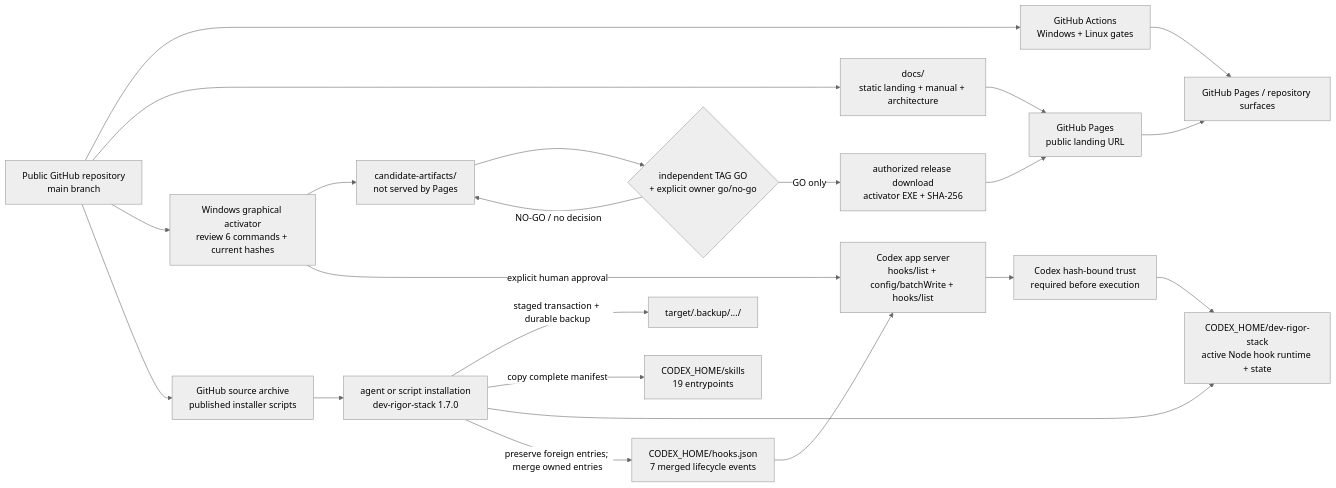
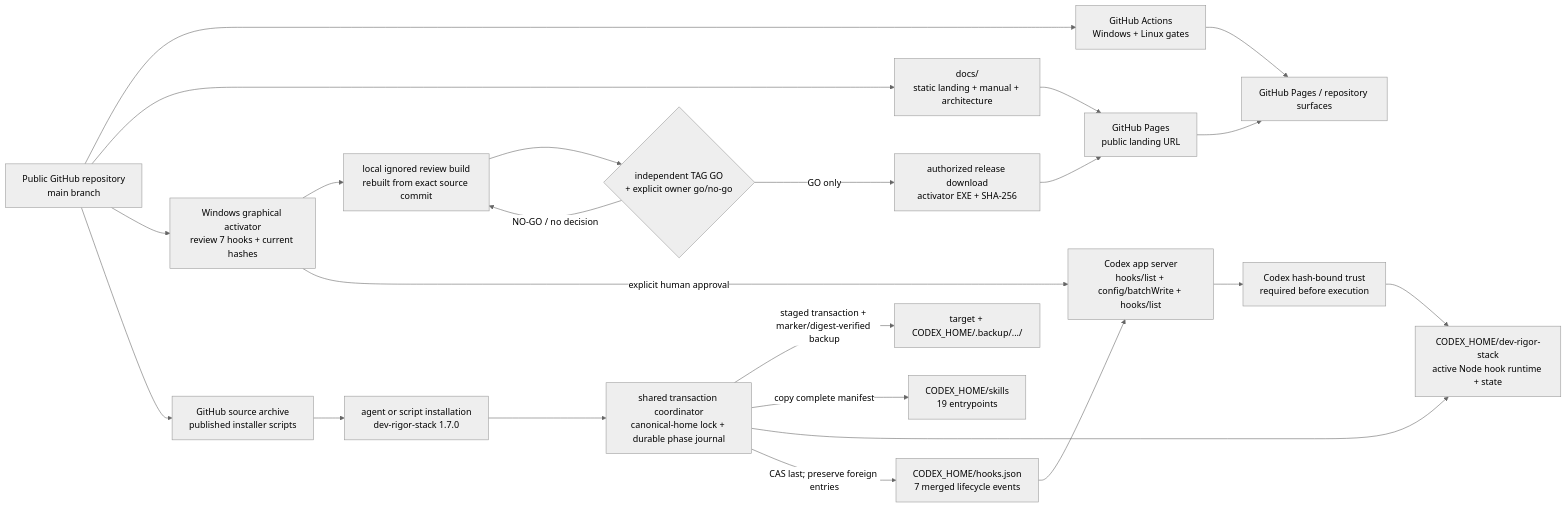
One commit to scottconverse/codex-dev-rigor-stack changed the fifth of 5 diagrams in docs/ARCHITECTURE.md. Above: the diagram before and after it, drawn with Mermaid (neutral theme). The commit also changed other lines of this file and 76 other files, not shown here.

````diff
--- a/docs/ARCHITECTURE.md
+++ b/docs/ARCHITECTURE.md
@@ -227,33 +275,35 @@
 ```mermaid
 flowchart LR
     Source["Public GitHub repository\nmain branch"]
     Docs["docs/\nstatic landing + manual + architecture"]
     Pages["GitHub Pages\npublic landing URL"]
     Archive["GitHub source archive\npublished installer scripts"]
     Installer["agent or script installation\ndev-rigor-stack 1.7.0"]
-    Backup["target/.backup/.../<timestamp>"]
+    Txn["shared transaction coordinator\ncanonical-home lock + durable phase journal"]
+    Backup["target + CODEX_HOME/.backup/.../<exact owned backup-id>"]
     Home["CODEX_HOME/skills\n19 entrypoints"]
     Runtime["CODEX_HOME/dev-rigor-stack\nactive Node hook runtime + state"]
     HookConfig["CODEX_HOME/hooks.json\n7 merged lifecycle events"]
-    Activator["Windows graphical activator\nreview 6 commands + current hashes"]
+    Activator["Windows graphical activator\nreview 7 hooks + current hashes"]
     AppServer["Codex app server\nhooks/list + config/batchWrite + hooks/list"]
     Trust["Codex hash-bound trust\nrequired before execution"]
-    Candidate["candidate-artifacts/\nnot served by Pages"]
+    Candidate["local ignored review build\nrebuilt from exact source commit"]
     OwnerGate{"independent TAG GO\n+ explicit owner go/no-go"}
     Download["authorized release download\nactivator EXE + SHA-256"]
     CI["GitHub Actions\nWindows + Linux gates"]
     Publish["GitHub Pages / repository surfaces"]
 
     Source --> CI --> Publish
     Source --> Docs --> Pages --> Publish
     Source --> Activator --> Candidate --> OwnerGate
     OwnerGate -->|GO only| Download --> Pages
     OwnerGate -->|NO-GO / no decision| Candidate
     Source --> Archive --> Installer
-    Installer -->|staged transaction + durable backup| Backup
-    Installer -->|copy complete manifest| Home
-    Installer --> Runtime
-    Installer -->|preserve foreign entries; merge owned entries| HookConfig
+    Installer --> Txn
+    Txn -->|staged transaction + marker/digest-verified backup| Backup
+    Txn -->|copy complete manifest| Home
+    Txn --> Runtime
+    Txn -->|CAS last; preserve foreign entries| HookConfig
     HookConfig --> AppServer
     Activator -->|explicit human approval| AppServer --> Trust --> Runtime
 ```
````
